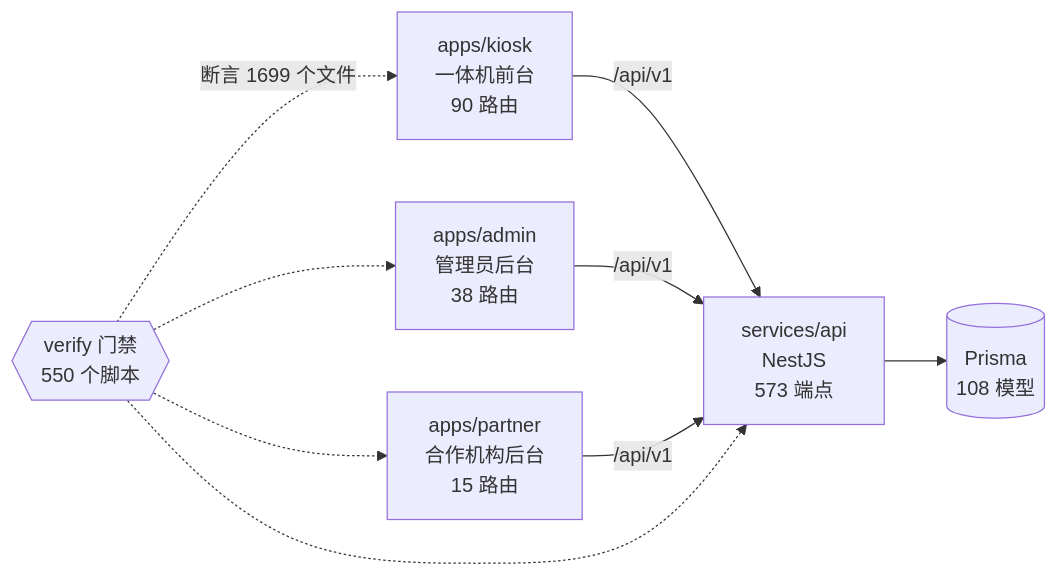
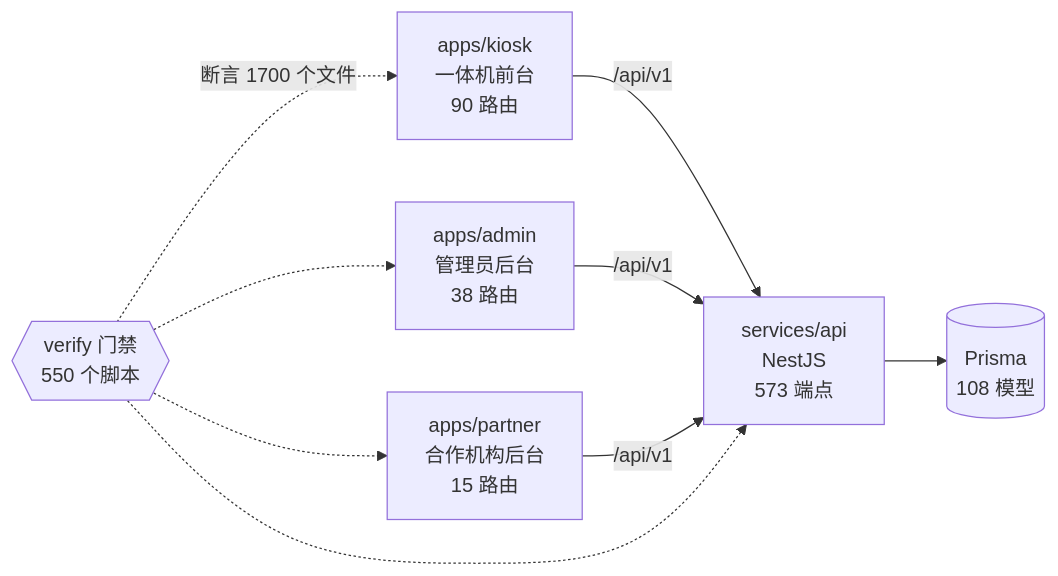
One commit to wanglei581/YITIJI changed the diagram in docs/graph/README.md. Above: the diagram before and after it, drawn with Mermaid. The commit also changed other lines of this file and 3 other files, not shown here.

Commit message:
docs(progress): 真 Redis 登录门禁加固与提速记录；重新生成图谱

````diff
--- a/docs/graph/README.md
+++ b/docs/graph/README.md
@@ -68,18 +68,18 @@
 ```mermaid
 flowchart LR
   kiosk["apps/kiosk<br/>一体机前台<br/>90 路由"]
   admin["apps/admin<br/>管理员后台<br/>38 路由"]
   partner["apps/partner<br/>合作机构后台<br/>15 路由"]
   api["services/api<br/>NestJS<br/>573 端点"]
   db[("Prisma<br/>108 模型")]
   gates{{"verify 门禁<br/>550 个脚本"}}
 
   kiosk -->|"/api/v1"| api
   admin -->|"/api/v1"| api
   partner -->|"/api/v1"| api
   api --> db
-  gates -.->|"断言 1699 个文件"| kiosk
+  gates -.->|"断言 1700 个文件"| kiosk
   gates -.-> admin
   gates -.-> partner
   gates -.-> api
 ```
````
